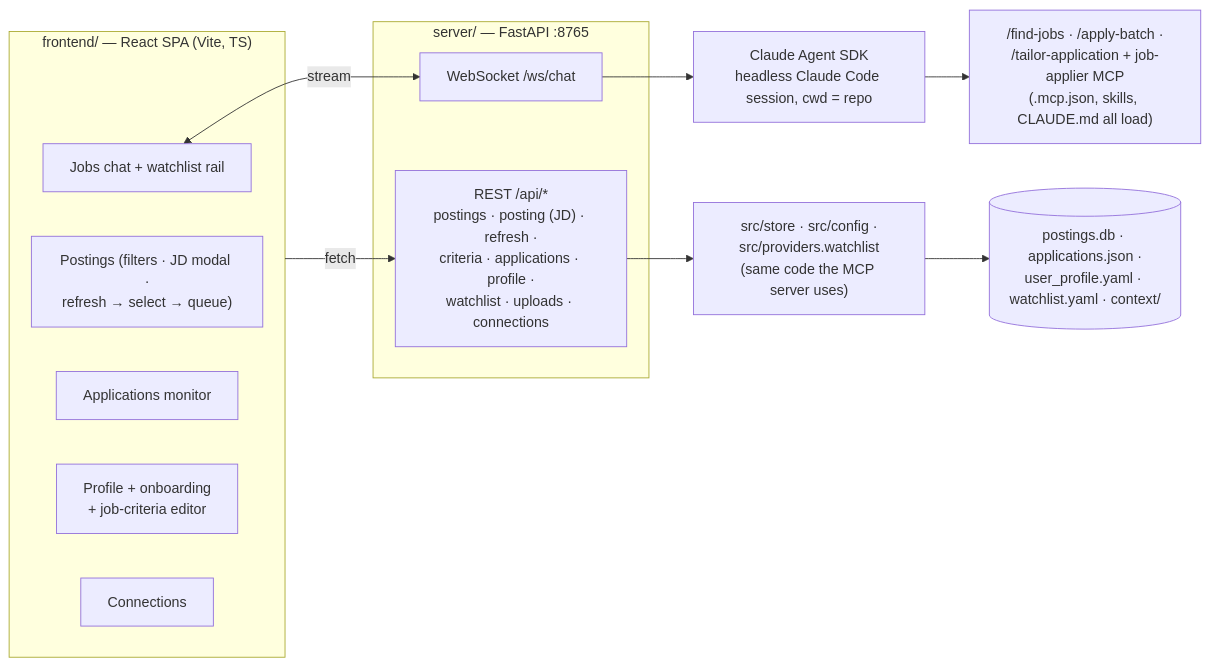
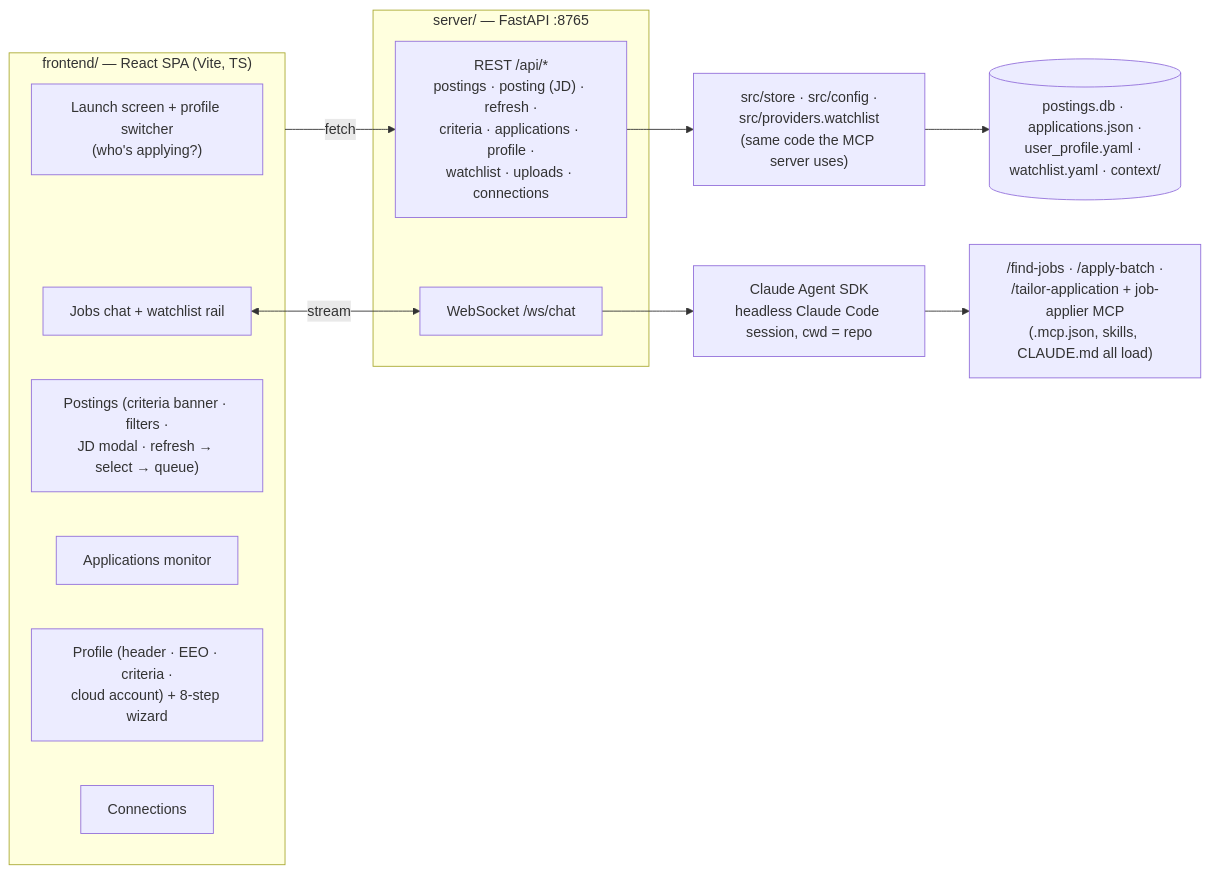
One commit to sbhaskaran0/job-applier changed the eighth of 9 diagrams in README.md. Above: the diagram before and after it, drawn with Mermaid. The commit also changed other lines of this file and 15 other files, not shown here.

````diff
--- a/README.md
+++ b/README.md
@@ -323,20 +325,21 @@
 ```mermaid
 flowchart LR
     subgraph UI["frontend/ — React SPA (Vite, TS)"]
+        LS["Launch screen + profile switcher<br/>(who's applying?)"]
         J["Jobs chat + watchlist rail"]
-        P["Postings (filters · JD modal ·<br/>refresh → select → queue)"]
+        P["Postings (criteria banner · filters ·<br/>JD modal · refresh → select → queue)"]
         A["Applications monitor"]
-        PR["Profile + onboarding<br/>+ job-criteria editor"]
+        PR["Profile (header · EEO · criteria ·<br/>cloud account) + 8-step wizard"]
         CN["Connections"]
     end
     subgraph BE["server/ — FastAPI :8765"]
         API["REST /api/*<br/>postings · posting (JD) · refresh ·<br/>criteria · applications · profile ·<br/>watchlist · uploads · connections"]
         WS["WebSocket /ws/chat"]
     end
     UI -->|fetch| API
     J <-->|stream| WS
     API --> SRC["src/store · src/config ·<br/>src/providers.watchlist<br/>(same code the MCP server uses)"]
     SRC --> FILES[("postings.db · applications.json ·<br/>user_profile.yaml · watchlist.yaml · context/")]
     WS --> SDK["Claude Agent SDK<br/>headless Claude Code session, cwd = repo"]
     SDK --> SKILLS["/find-jobs · /apply-batch ·<br/>/tailor-application + job-applier MCP<br/>(.mcp.json, skills, CLAUDE.md all load)"]
 ```
````
